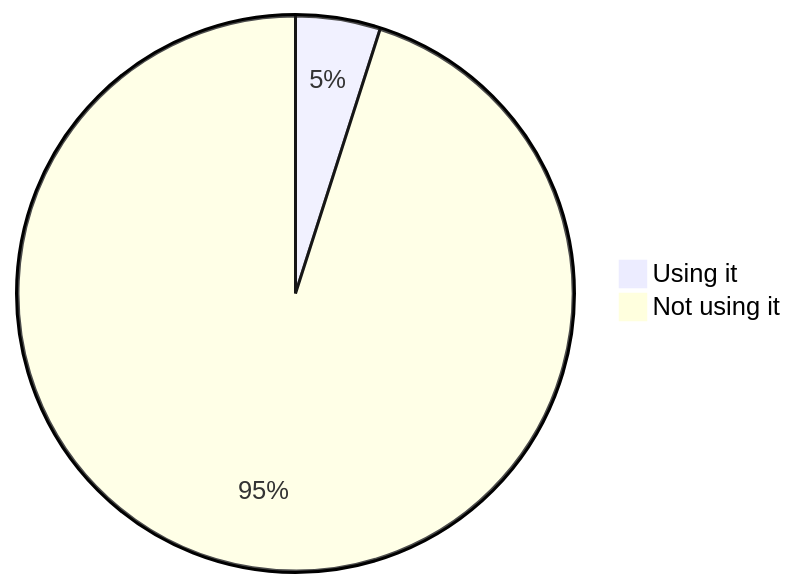
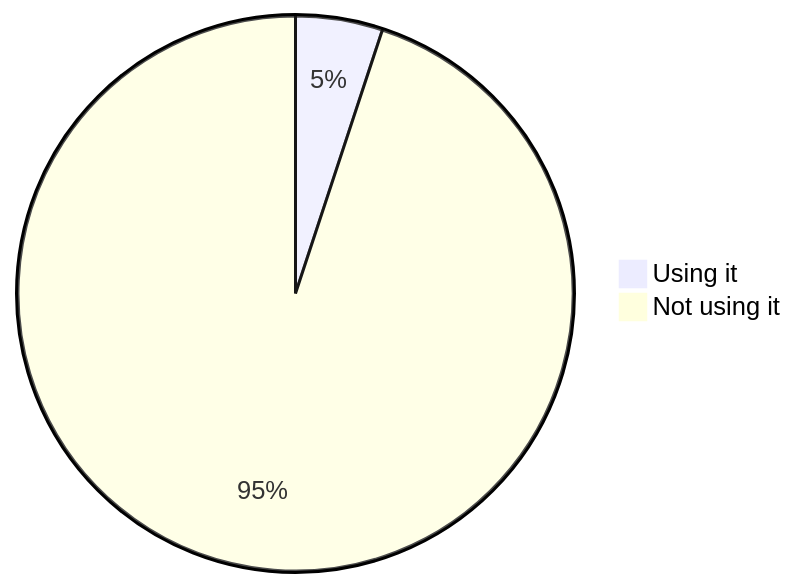
Before and after one commit to oshp/oshp-stats: the eighth of 22 diagrams in stats.md, drawn with Mermaid. The commit also changed other lines of this file, not shown here.

````diff
--- a/stats.md
+++ b/stats.md
@@ -94,6 +94,6 @@
 ```mermaid
 pie
-	"Using it" : 4.93
-	"Not using it" : 95.07
+	"Using it" : 5.07
+	"Not using it" : 94.93
 
 ```
````
